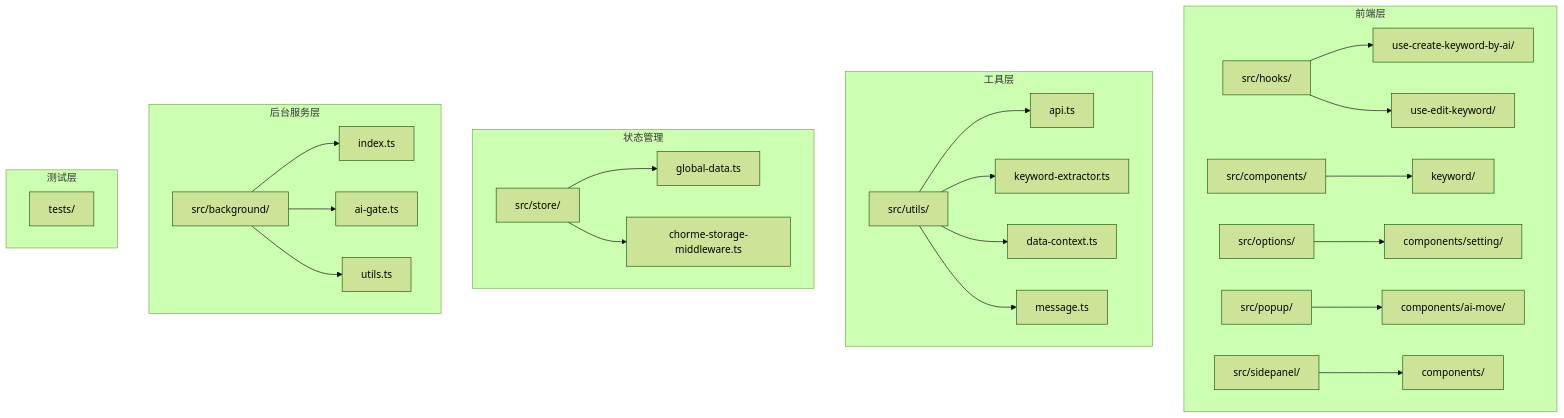
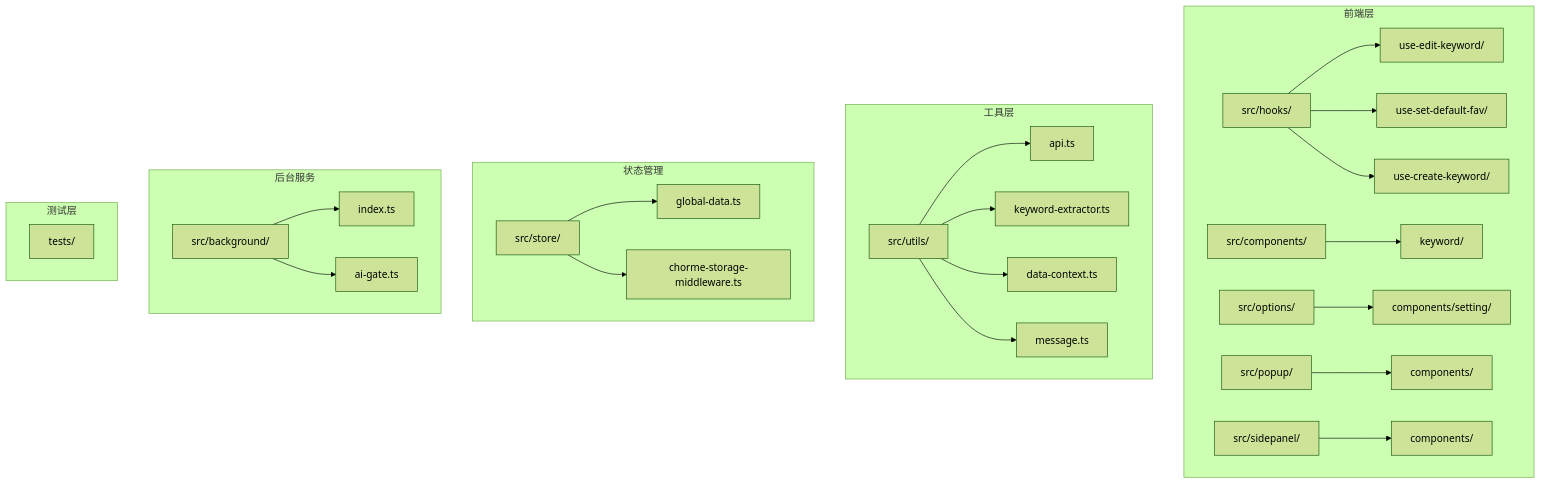
Before and after one commit to RadiumAg/bilibili-favorites: the first of 11 diagrams in .qoder/repowiki/zh/content/核心功能模块/AI关键词提取系统.md, drawn with Mermaid (forest theme). The commit also changed other lines of this file and 27 other files, not shown here.

````diff
--- a/.qoder/repowiki/zh/content/核心功能模块/AI关键词提取系统.md
+++ b/.qoder/repowiki/zh/content/核心功能模块/AI关键词提取系统.md
@@ -63,29 +68,29 @@
 ```mermaid
 graph TB
 subgraph "前端层"
-A[src/hooks/] --> A1[use-create-keyword-by-ai/]
-A --> A2[use-edit-keyword/]
+A[src/hooks/] --> A2[use-edit-keyword/]
+A --> A3[use-set-default-fav/]
+A --> A4[use-create-keyword/]
 B[src/components/] --> B1[keyword/]
 C[src/options/] --> C1[components/setting/]
-D[src/popup/] --> D1[components/ai-move/]
+D[src/popup/] --> D1[components/]
 E[src/sidepanel/] --> E1[components/]
 end
 subgraph "工具层"
 F[src/utils/] --> F1[api.ts]
 F --> F2[keyword-extractor.ts]
 F --> F3[data-context.ts]
 F --> F4[message.ts]
 end
 subgraph "状态管理"
 G[src/store/] --> G1[global-data.ts]
 G --> G2[chorme-storage-middleware.ts]
 end
-subgraph "后台服务层"
+subgraph "后台服务"
 H[src/background/] --> H1[index.ts]
 H --> H2[ai-gate.ts]
-H --> H3[utils.ts]
 end
 subgraph "测试层"
 I[tests/]
 end
 ```
````
